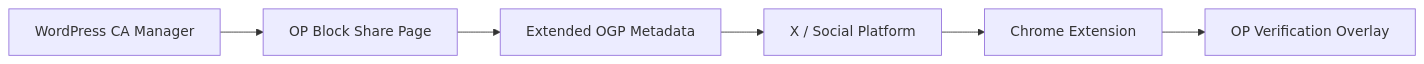
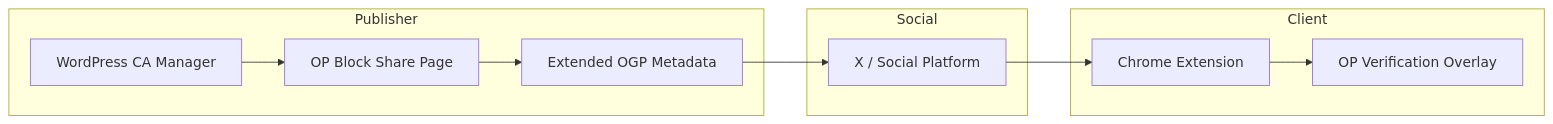
Before and after one commit to yoshid8s/opg-ca-extension: the third of 4 diagrams in README.md, drawn with Mermaid. The commit also changed other lines of this file, not shown here.

````diff
--- a/README.md
+++ b/README.md
@@ -242,16 +248,24 @@
 ```mermaid
 flowchart LR
 
+subgraph Publisher
 A[WordPress CA Manager]
 B[OP Block Share Page]
 C[Extended OGP Metadata]
+end
+
+subgraph Social
 D[X / Social Platform]
+end
+
+subgraph Client
 E[Chrome Extension]
 F[OP Verification Overlay]
+end
 
 A --> B
 B --> C
 C --> D
 D --> E
 E --> F
 ```
````
